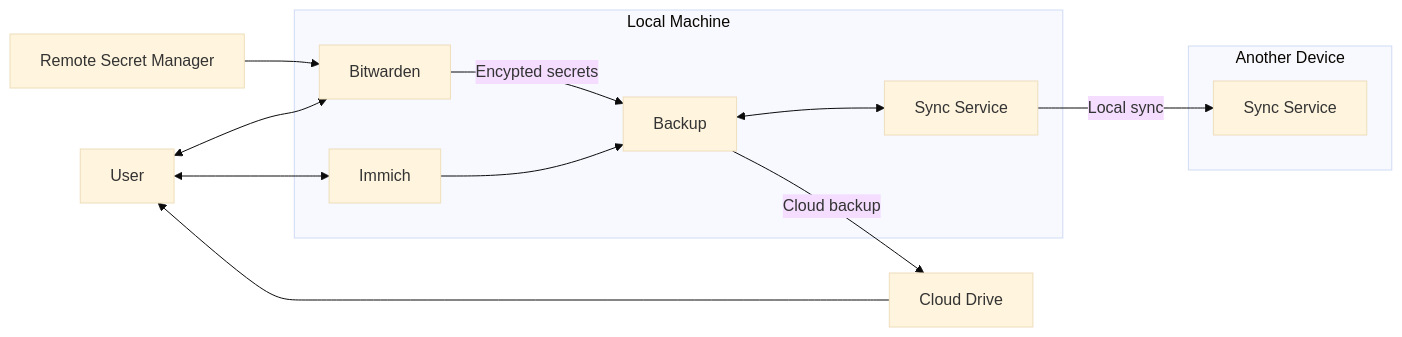
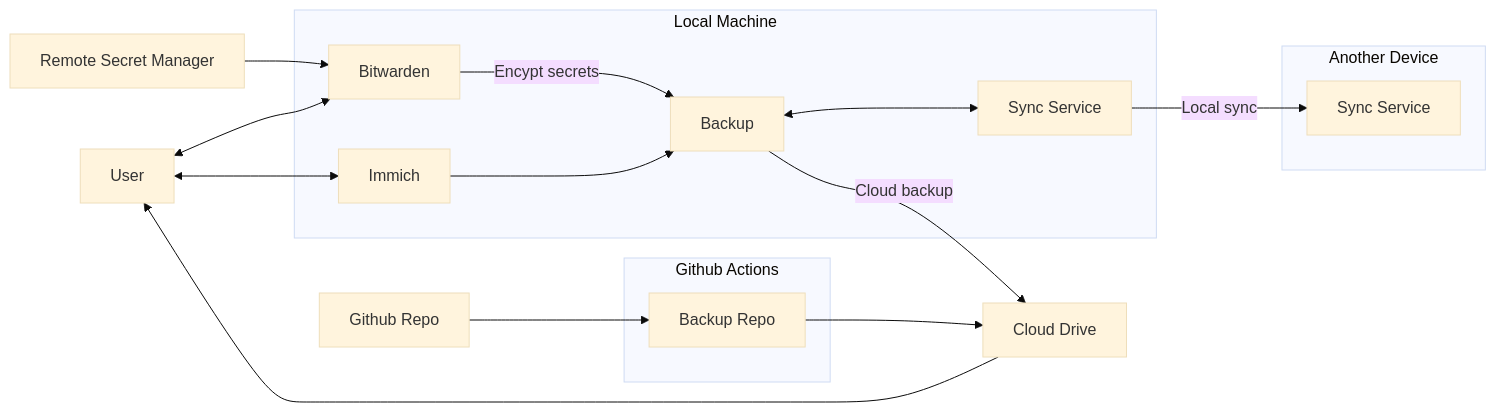
The first of 3 diagrams in docs/infrastructure/infrastructure.md (iamharryliu/vigilant-broccoli), drawn with Mermaid (base theme) before and after one commit.

````diff
--- a/docs/infrastructure/infrastructure.md
+++ b/docs/infrastructure/infrastructure.md
@@ -29,31 +29,38 @@
 ```mermaid
 flowchart LR
 
 USER[User]
 
+GITHUB_REPO[Github Repo]
+
 subgraph LOCAL_MACHINE[Local Machine]
   LOCAL_MACHINE_BW[Bitwarden]
   LOCAL_MACHINE_IMMICH[Immich]
   LOCAL_MACHINE_SYNC_SERVICE[Sync Service]
-  LOCAL_MACHINE_BW-->|Encypted secrets|BACKUP
+  LOCAL_MACHINE_BW-->|Encypt secrets|BACKUP
   LOCAL_MACHINE_IMMICH-->BACKUP
   BACKUP[Backup]
   BACKUP<-->LOCAL_MACHINE_SYNC_SERVICE
+end
+
+subgraph GITHUB_ACTIONS[Github Actions]
+  GITHUB_ACTIONS_REPO_BACKUP[Backup Repo]
 end
 
 subgraph ANOTHER_MACHINE[Another Device]
   ANOTHER_MACHINE_SYNC_SERVICE[Sync Service]
 end
 
 CLOUD_DRIVE[Cloud Drive]
 
-
 USER<-->LOCAL_MACHINE_BW
 USER<-->LOCAL_MACHINE_IMMICH
 CLOUD_DRIVE-->USER
 
 
 REMOTE_SECRET_MANAGER[Remote Secret Manager]-->LOCAL_MACHINE_BW
 LOCAL_MACHINE_SYNC_SERVICE-->|Local sync|ANOTHER_MACHINE_SYNC_SERVICE
+
+GITHUB_REPO-->GITHUB_ACTIONS_REPO_BACKUP-->CLOUD_DRIVE
 BACKUP-->|Cloud backup|CLOUD_DRIVE
 ```
````
